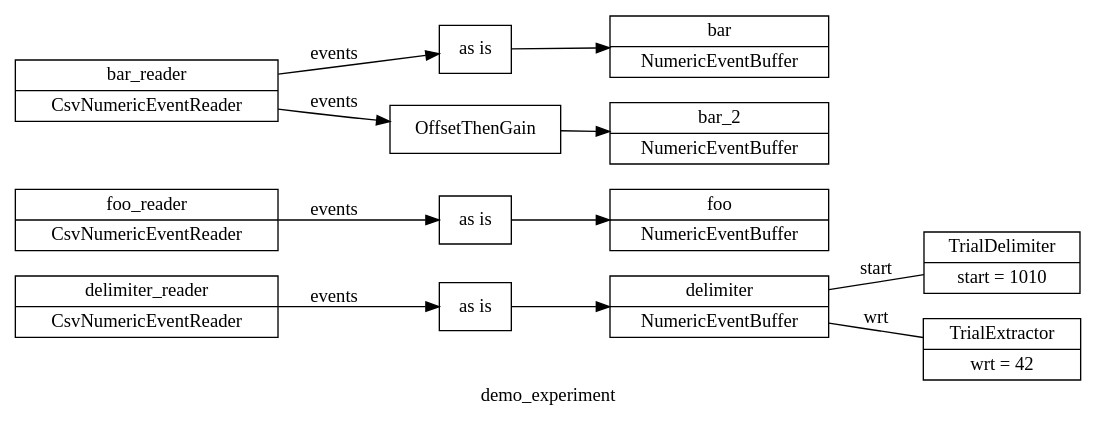
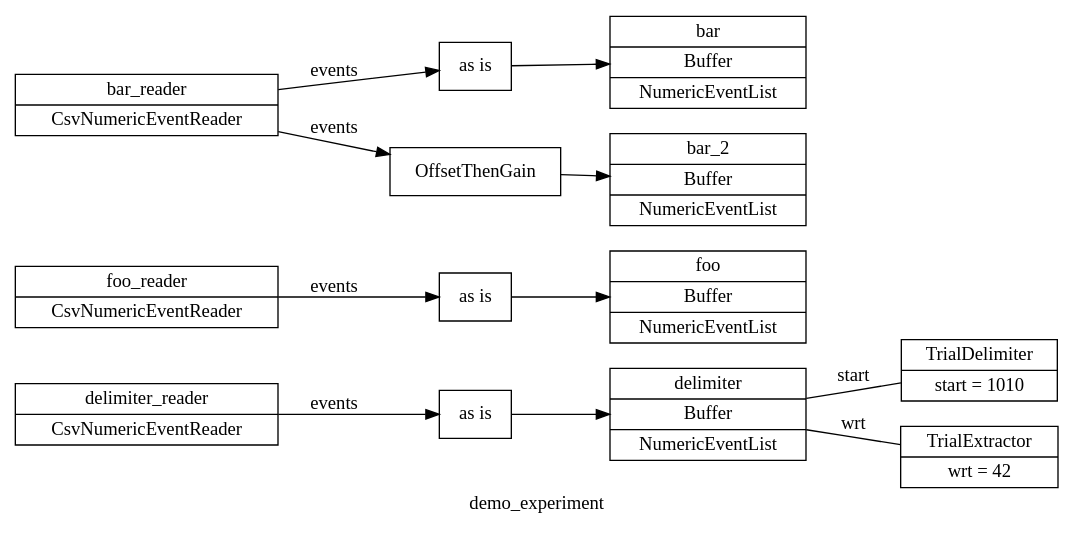
Before and after one commit to benjamin-heasly/gold-lab-nwb-conversions: the diagram in pyramid/docs/core-demo/demo_experiment.dot, drawn with Graphviz. The commit also changed 14 other files, not shown here.

```diff
--- a/pyramid/docs/core-demo/demo_experiment.dot
+++ b/pyramid/docs/core-demo/demo_experiment.dot
@@ -1,26 +1,26 @@
 digraph demo_experiment {
 	graph [label=demo_experiment rankdir=LR]
 	delimiter_reader [label="delimiter_reader|CsvNumericEventReader" shape=record]
 	foo_reader [label="foo_reader|CsvNumericEventReader" shape=record]
 	bar_reader [label="bar_reader|CsvNumericEventReader" shape=record]
-	delimiter [label="delimiter|NumericEventBuffer" shape=record]
-	foo [label="foo|NumericEventBuffer" shape=record]
-	bar [label="bar|NumericEventBuffer" shape=record]
-	bar_2 [label="bar_2|NumericEventBuffer" shape=record]
+	delimiter [label="delimiter|Buffer|NumericEventList" shape=record]
+	foo [label="foo|Buffer|NumericEventList" shape=record]
+	bar [label="bar|Buffer|NumericEventList" shape=record]
+	bar_2 [label="bar_2|Buffer|NumericEventList" shape=record]
 	delimiter_reader_route_0 [label="as is" shape=record]
 	delimiter_reader -> delimiter_reader_route_0 [label=events]
 	delimiter_reader_route_0 -> delimiter
 	foo_reader_route_0 [label="as is" shape=record]
 	foo_reader -> foo_reader_route_0 [label=events]
 	foo_reader_route_0 -> foo
 	bar_reader_route_0 [label="as is" shape=record]
 	bar_reader -> bar_reader_route_0 [label=events]
 	bar_reader_route_0 -> bar
 	bar_reader_route_1 [label=OffsetThenGain shape=record]
 	bar_reader -> bar_reader_route_1 [label=events]
 	bar_reader_route_1 -> bar_2
 	trial_delimiter [label="TrialDelimiter|start = 1010" shape=record]
 	delimiter -> trial_delimiter [label=start arrowhead=none arrowtail=none]
 	trial_extractor [label="TrialExtractor|wrt = 42" shape=record]
 	delimiter -> trial_extractor [label=wrt arrowhead=none arrowtail=none]
 }
```
